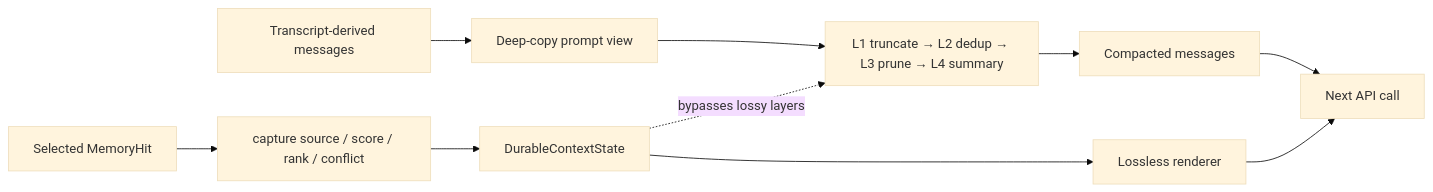
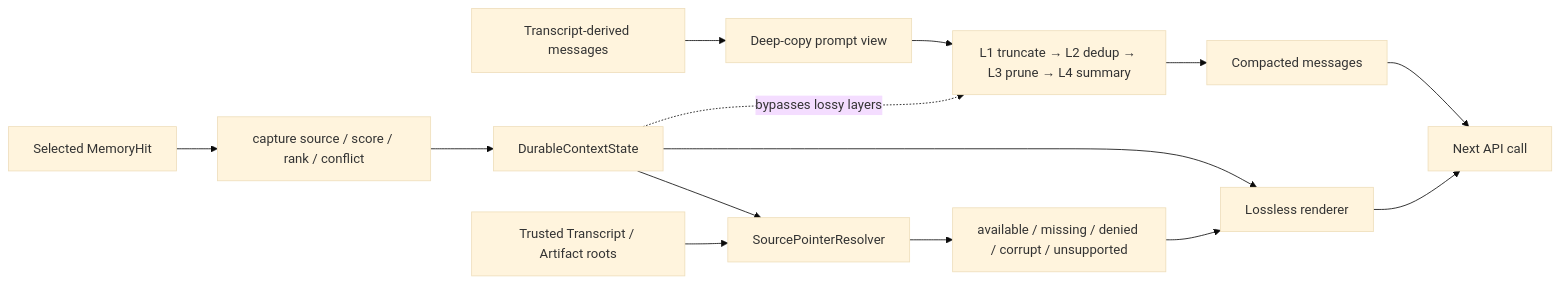
The diagram in s14_context_compact/README.md (Zenquan/learn-workbuddy), drawn with Mermaid (base theme) before and after one commit. The commit also changed other lines of this file and 6 other files, not shown here.

````diff
--- a/s14_context_compact/README.md
+++ b/s14_context_compact/README.md
@@ -13,12 +13,16 @@
 ```mermaid
 flowchart LR
     A["Transcript-derived messages"] --> B["Deep-copy prompt view"]
     B --> C["L1 truncate → L2 dedup → L3 prune → L4 summary"]
     C --> D["Compacted messages"]
     H["Selected MemoryHit"] --> P["capture source / score / rank / conflict"]
     P --> S["DurableContextState"]
-    S --> R["Lossless renderer"]
+    T["Trusted Transcript / Artifact roots"] --> V["SourcePointerResolver"]
+    S --> V
+    V --> X["available / missing / denied / corrupt / unsupported"]
+    X --> R["Lossless renderer"]
+    S --> R
     R --> E["Next API call"]
     D --> E
     S -. "bypasses lossy layers" .-> C
 ```
````
